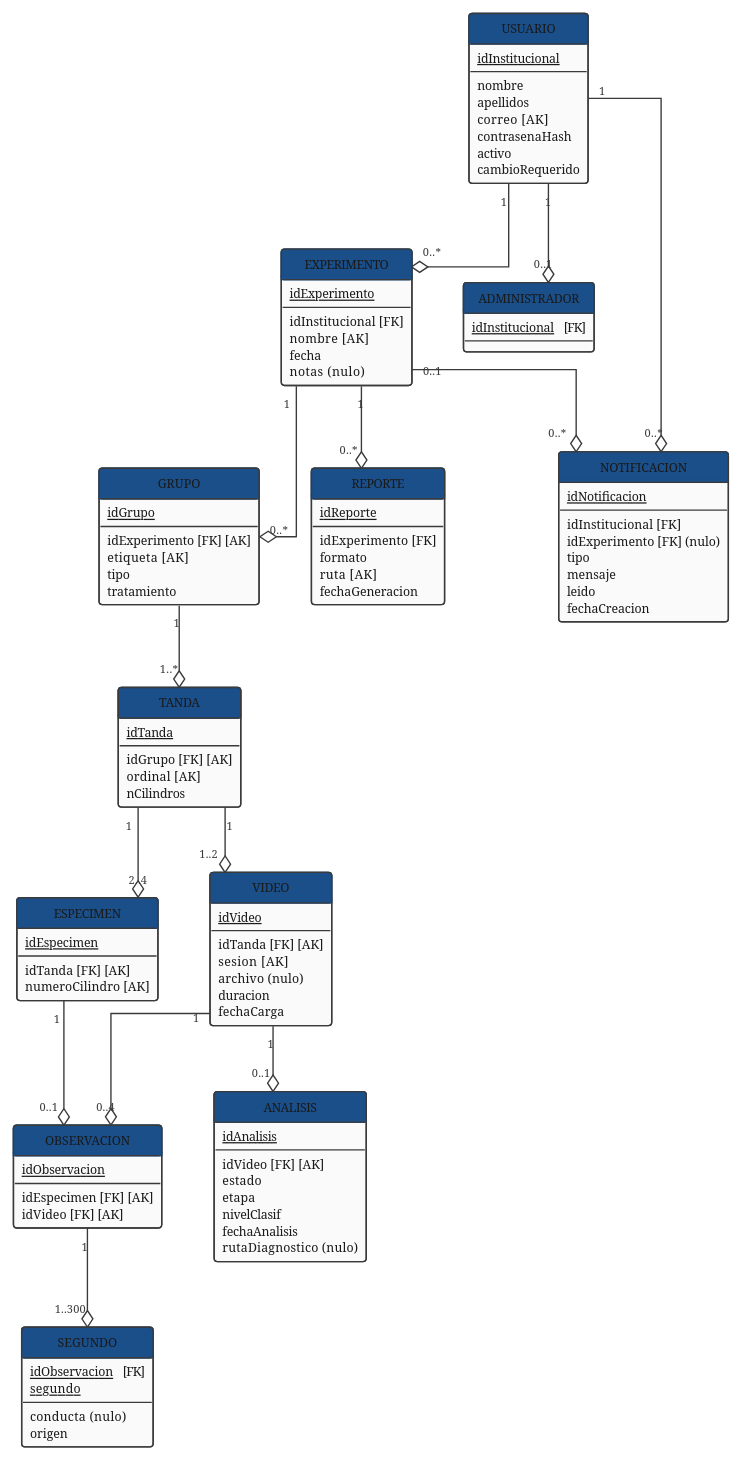
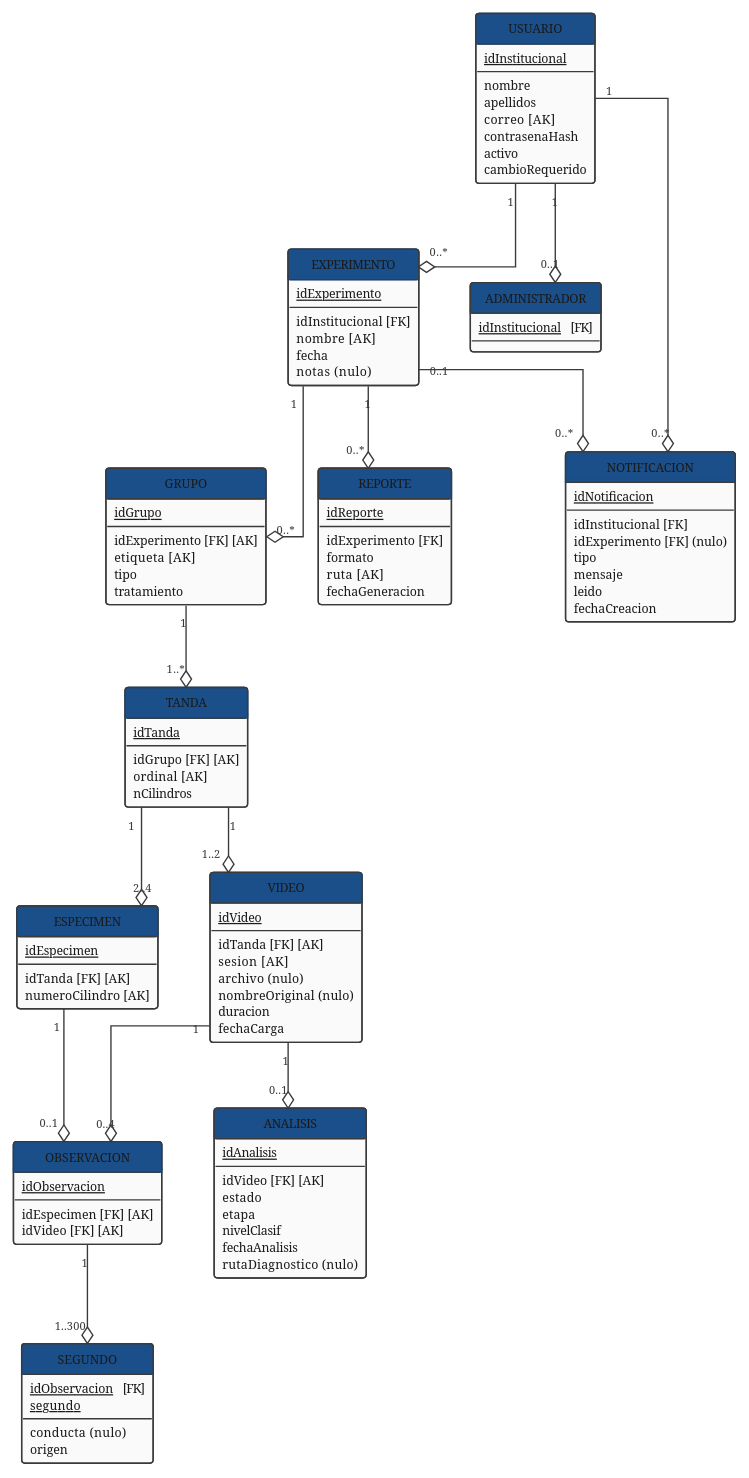
Before and after one commit to ErickJester/fst-ai-system-latex: the diagram in diagramas/grafo_relacional_3_vigente.puml, drawn with PlantUML. The commit also changed 8 other files, not shown here.

```diff
--- a/diagramas/grafo_relacional_3_vigente.puml
+++ b/diagramas/grafo_relacional_3_vigente.puml
@@ -173,6 +173,7 @@
   idTanda   [FK] [AK]
   sesion   [AK]
   archivo   (nulo)
+  nombreOriginal   (nulo)
   duracion
   fechaCarga
 }
```
